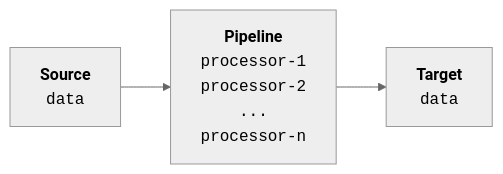
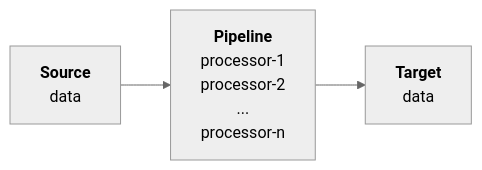
Before and after one commit to VirtualMetric/virtualmetric-docs: the first of 5 diagrams in docs/admin/pipelines/overview.mdx, drawn with Mermaid (neutral theme). The commit also changed other lines of this file and 8 other files, not shown here.

````diff
--- a/docs/admin/pipelines/overview.mdx
+++ b/docs/admin/pipelines/overview.mdx
@@ -16,14 +16,17 @@
 ```mermaid
-%%{init: {"flowchart": {"htmlLabels": false}} }%%
+%%{init: {"flowchart": {"htmlLabels": false}}}%%
 flowchart LR
 	sourceBox["`**Source**
-         <code>data</code>`"]
-    	pipelineBox["`**Pipeline**
-			<code>processor-1</code>
-    		<code>processor-2</code>
-    		<code>...</code>
-    		<code>processor-n</code>`"]
+    data
+  `"]
+  pipelineBox["`**Pipeline**
+	  processor-1
+    processor-2
+    ...
+    processor-n
+  `"]
 	targetBox["`**Target**
-      <code>data</code>`"]
+    data
+  `"]
 	sourceBox --> pipelineBox --> targetBox
 ```
````
